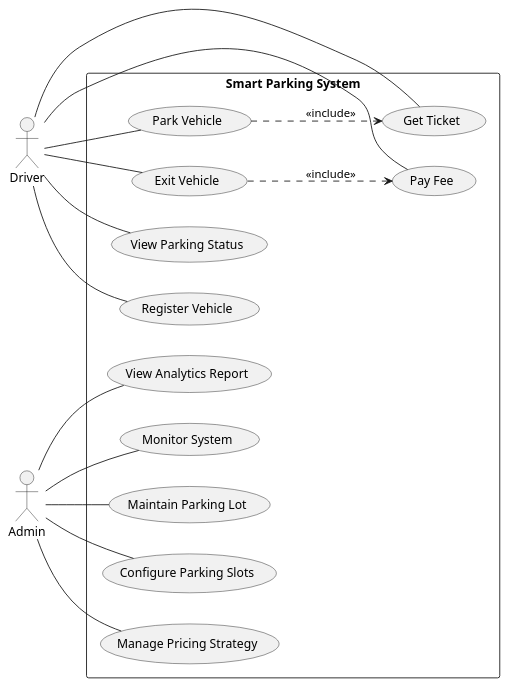
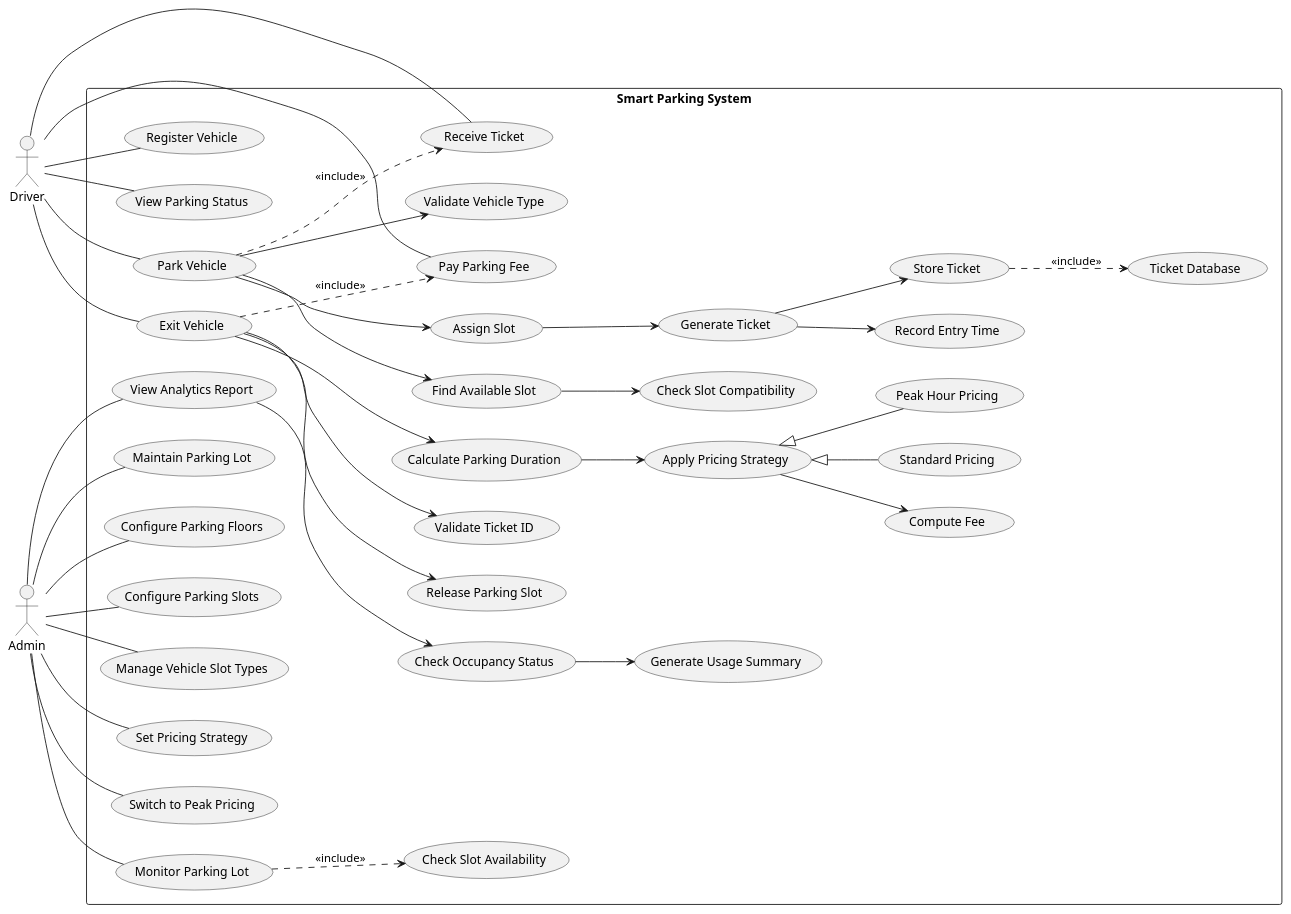
One commit to gantapriya55/Object-Oriented-Design-Project_CSCI_6234_10 changed the diagram in UML/UseCaseDiagram.puml. Above: the diagram before and after it, drawn with PlantUML.

Commit message:
Update Use Case Diagram for Smart Parking System

```diff
--- a/UML/UseCaseDiagram.puml
+++ b/UML/UseCaseDiagram.puml
@@ -1,25 +1,60 @@
 @startuml
 left to right direction
+skinparam packageStyle rectangle
 
 actor Driver
 actor Admin
 
 rectangle "Smart Parking System" {
 
+  '---------------- DRIVER USE CASES ----------------
   Driver -- (Register Vehicle)
+  Driver -- (View Parking Status)
   Driver -- (Park Vehicle)
   Driver -- (Exit Vehicle)
-  Driver -- (View Parking Status)
-  Driver -- (Get Ticket)
-  Driver -- (Pay Fee)
+  Driver -- (Pay Parking Fee)
+  Driver -- (Receive Ticket)
 
+  '---------------- PARK VEHICLE FLOW ----------------
+  (Park Vehicle) --> (Validate Vehicle Type)
+  (Park Vehicle) --> (Find Available Slot)
+  (Find Available Slot) --> (Check Slot Compatibility)
+  (Park Vehicle) --> (Assign Slot)
+  (Assign Slot) --> (Generate Ticket)
+  (Generate Ticket) --> (Record Entry Time)
+  (Generate Ticket) --> (Store Ticket)
+
+  (Park Vehicle) ..> (Receive Ticket) : <<include>>
+
+  '---------------- EXIT VEHICLE FLOW ----------------
+  (Exit Vehicle) --> (Validate Ticket ID)
+  (Exit Vehicle) --> (Calculate Parking Duration)
+  (Calculate Parking Duration) --> (Apply Pricing Strategy)
+  (Apply Pricing Strategy) --> (Compute Fee)
+  (Exit Vehicle) --> (Release Parking Slot)
+  (Exit Vehicle) ..> (Pay Parking Fee) : <<include>>
+
+  '---------------- PRICING ----------------
+  (Apply Pricing Strategy) <|-- (Standard Pricing)
+  (Apply Pricing Strategy) <|-- (Peak Hour Pricing)
+
+  '---------------- ADMIN USE CASES ----------------
+  Admin -- (Configure Parking Floors)
   Admin -- (Configure Parking Slots)
-  Admin -- (Manage Pricing Strategy)
+  Admin -- (Manage Vehicle Slot Types)
+  Admin -- (Set Pricing Strategy)
+  Admin -- (Switch to Peak Pricing)
+  Admin -- (Monitor Parking Lot)
   Admin -- (View Analytics Report)
-  Admin -- (Monitor System)
   Admin -- (Maintain Parking Lot)
 
-  (Park Vehicle) ..> (Get Ticket) : <<include>>
-  (Exit Vehicle) ..> (Pay Fee) : <<include>>
+  '---------------- ANALYTICS ----------------
+  (View Analytics Report) --> (Check Occupancy Status)
+  (Check Occupancy Status) --> (Generate Usage Summary)
+
+  '---------------- SYSTEM AUTOMATION ----------------
+  (Store Ticket) ..> (Ticket Database) : <<include>>
+  (Monitor Parking Lot) ..> (Check Slot Availability) : <<include>>
+
 }
 @enduml
```
